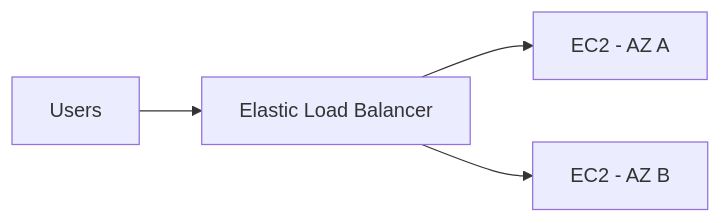
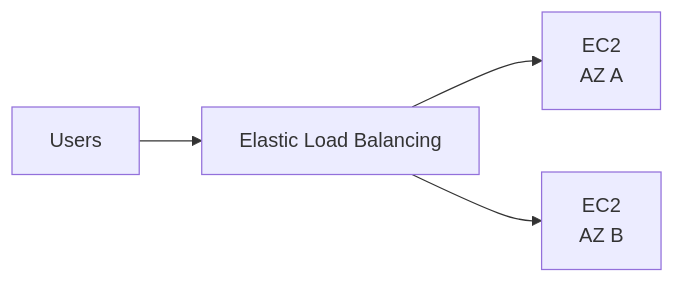
Before and after one commit to noir1458/noir1458.github.io: the second of 5 diagrams in content/posts/02.Security/aws/aws-ccp-1/index.md, drawn with Mermaid. The commit also changed other lines of this file and 4 other files, not shown here.

````diff
--- a/content/posts/02.Security/aws/aws-ccp-1/index.md
+++ b/content/posts/02.Security/aws/aws-ccp-1/index.md
@@ -149,6 +89,6 @@
 ```mermaid
 flowchart LR
-    U[Users] --> ELB[Elastic Load Balancer]
-    ELB --> A[EC2 - AZ A]
-    ELB --> B[EC2 - AZ B]
+    U[Users] --> ELB[Elastic Load Balancing]
+    ELB --> A[EC2<br/>AZ A]
+    ELB --> B[EC2<br/>AZ B]
 ```
````
